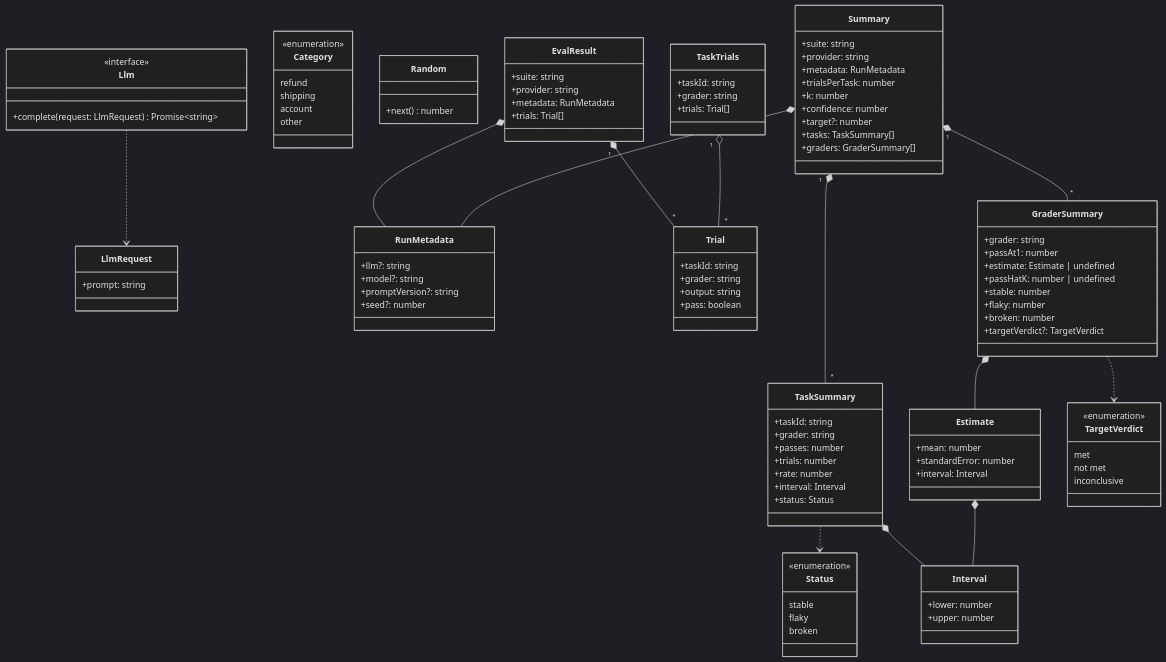
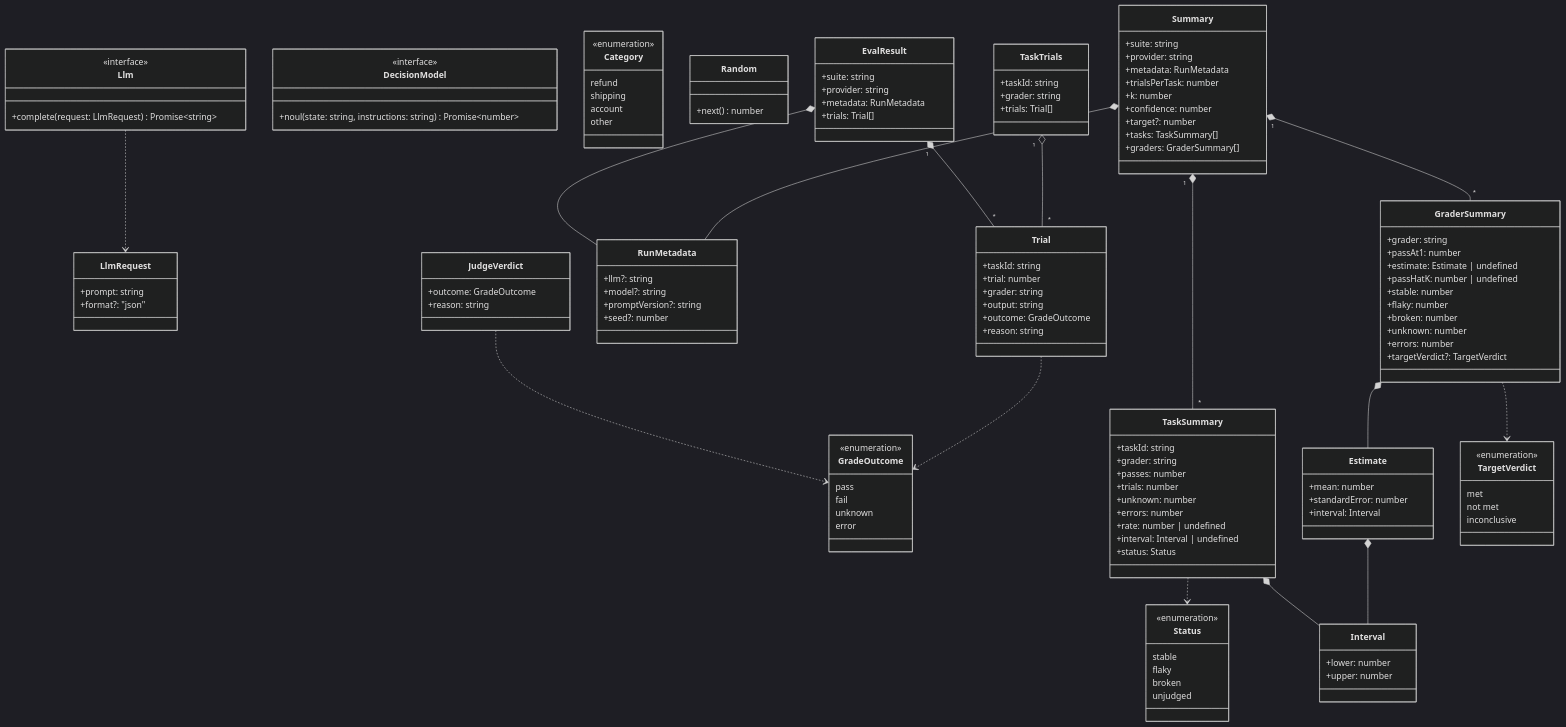
The diagram in iterations/iteration-3/solution/design/types.md (enunun/llm-evaluation-handson), drawn with Mermaid (dark theme) before and after one commit. The commit also changed other lines of this file and 16 other files, not shown here.

First line of the commit message:
Add Iteration 3: grading free-text replies with code, an LLM judge and a decision model

```diff
--- a/iterations/iteration-3/solution/design/types.md
+++ b/iterations/iteration-3/solution/design/types.md
@@ -12,6 +12,22 @@
   }
   class LlmRequest {
     +prompt: string
+    +format?: "json"
+  }
+  class JudgeVerdict {
+    +outcome: GradeOutcome
+    +reason: string
+  }
+  class DecisionModel {
+    <<interface>>
+    +noul(state: string, instructions: string) Promise~number~
+  }
+  class GradeOutcome {
+    <<enumeration>>
+    pass
+    fail
+    unknown
+    error
   }
   class Category {
     <<enumeration>>
@@ -37,9 +53,11 @@
   }
   class Trial {
     +taskId: string
+    +trial: number
     +grader: string
     +output: string
-    +pass: boolean
+    +outcome: GradeOutcome
+    +reason: string
   }
   class TaskTrials {
     +taskId: string
@@ -51,14 +69,17 @@
     stable
     flaky
     broken
+    unjudged
   }
   class TaskSummary {
     +taskId: string
     +grader: string
     +passes: number
     +trials: number
-    +rate: number
-    +interval: Interval
+    +unknown: number
+    +errors: number
+    +rate: number | undefined
+    +interval: Interval | undefined
     +status: Status
   }
   class Interval {
@@ -84,6 +105,8 @@
     +stable: number
     +flaky: number
     +broken: number
+    +unknown: number
+    +errors: number
     +targetVerdict?: TargetVerdict
   }
   class Summary {
@@ -98,6 +121,8 @@
     +graders: GraderSummary[]
   }
   Llm ..> LlmRequest
+  JudgeVerdict ..> GradeOutcome
+  Trial ..> GradeOutcome
   EvalResult *-- RunMetadata
   EvalResult "1" *-- "*" Trial
   TaskTrials "1" o-- "*" Trial
```
